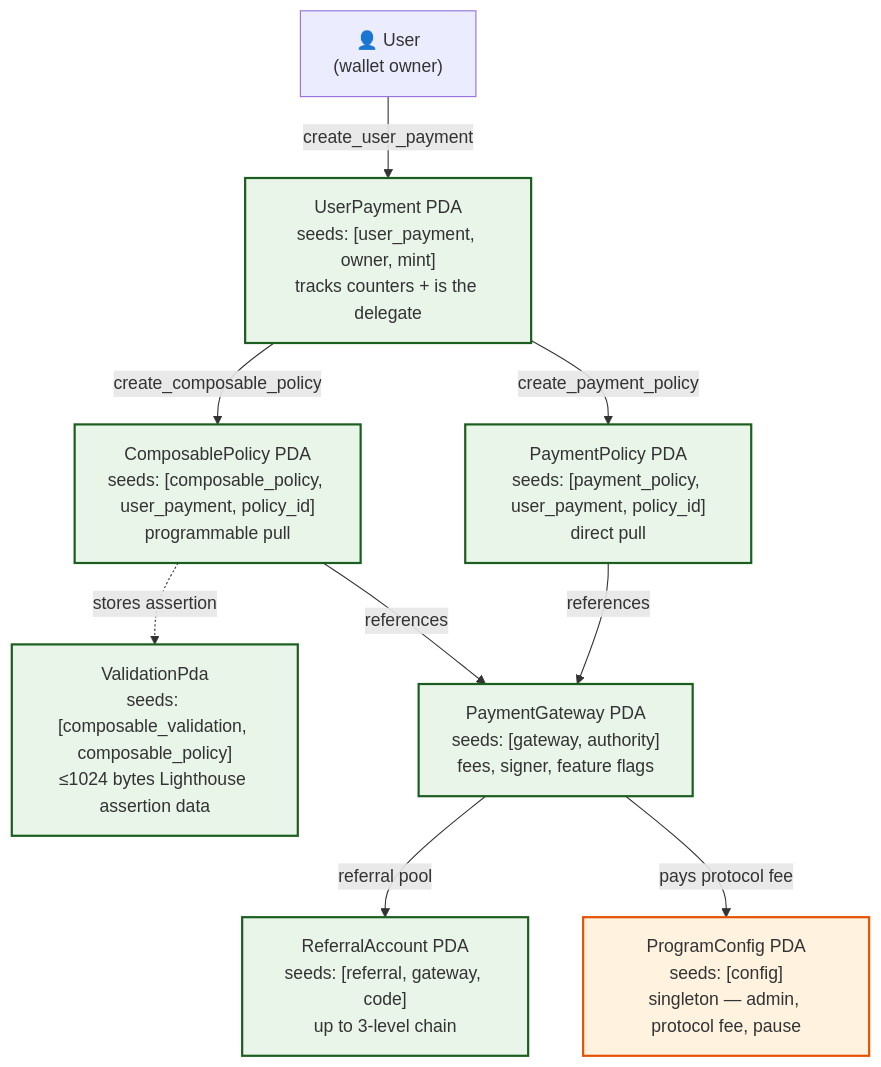
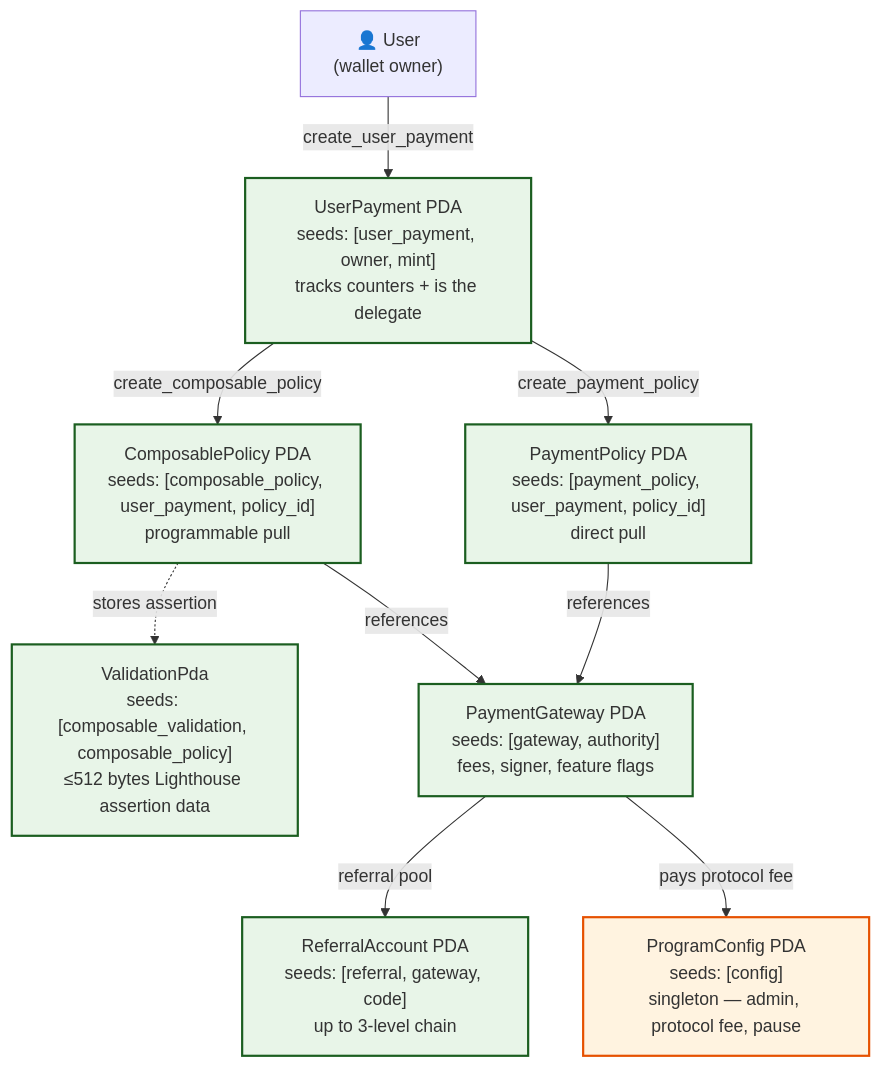
The diagram in apps/docs/docs/protocol-reference/overview.md (tributary-so/tributary), drawn with Mermaid before and after one commit. The commit also changed 10 other files, not shown here.

````diff
--- a/apps/docs/docs/protocol-reference/overview.md
+++ b/apps/docs/docs/protocol-reference/overview.md
@@ -23,25 +23,25 @@
 ```mermaid
 graph TD
     User["👤 User<br/>(wallet owner)"]
     UP["UserPayment PDA<br/>seeds: [user_payment, owner, mint]<br/>tracks counters + is the delegate"]
     PP["PaymentPolicy PDA<br/>seeds: [payment_policy, user_payment, policy_id]<br/>direct pull"]
     CP["ComposablePolicy PDA<br/>seeds: [composable_policy, user_payment, policy_id]<br/>programmable pull"]
-    VP["ValidationPda<br/>seeds: [composable_validation, composable_policy]<br/>≤1024 bytes Lighthouse assertion data"]
+    VP["ValidationPda<br/>seeds: [composable_validation, composable_policy]<br/>≤512 bytes Lighthouse assertion data"]
     GW["PaymentGateway PDA<br/>seeds: [gateway, authority]<br/>fees, signer, feature flags"]
     CFG["ProgramConfig PDA<br/>seeds: [config]<br/>singleton — admin, protocol fee, pause"]
     REF["ReferralAccount PDA<br/>seeds: [referral, gateway, code]<br/>up to 3-level chain"]
 
     User -->|"create_user_payment"| UP
     UP -->|"create_payment_policy"| PP
     UP -->|"create_composable_policy"| CP
     CP -.->|"stores assertion"| VP
     PP -->|"references"| GW
     CP -->|"references"| GW
     GW -->|"referral pool"| REF
     GW -->|"pays protocol fee"| CFG
 
     classDef pda fill:#e8f5e8,stroke:#1b5e20,stroke-width:2px
     classDef cfg fill:#fff3e0,stroke:#e65100,stroke-width:2px
     class UP,PP,CP,VP,GW,REF pda
     class CFG cfg
 ```
````
